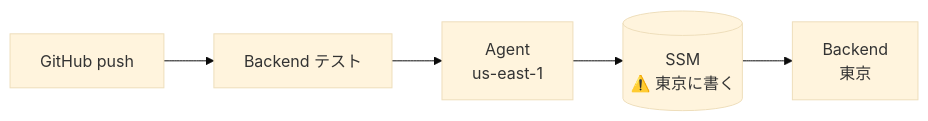
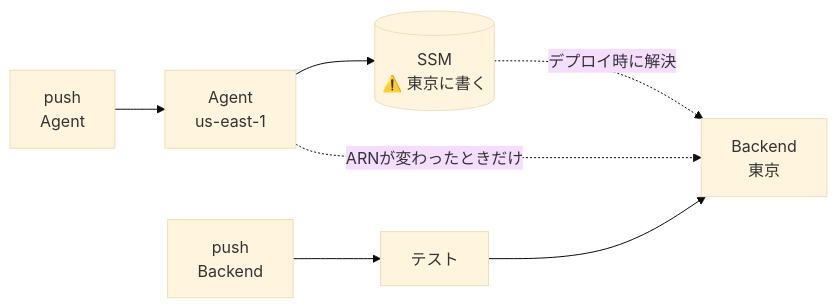
The third of 3 diagrams in docs/01_architecture.md (h-akira/TouringProject), drawn with Mermaid (base theme) before and after one commit. The commit also changed other lines of this file and 138 other files, not shown here.

First line of the commit message:
refactor: split Agent, Backend, App and CICD into submodules

````diff
--- a/docs/01_architecture.md
+++ b/docs/01_architecture.md
@@ -365,7 +366,8 @@
 ```mermaid
 flowchart LR
-    push["GitHub push"] --> test["Backend テスト"]
-    test --> agent["Agent<br/>us-east-1"]
+    pa["push<br/>Agent"] --> agent["Agent<br/>us-east-1"]
     agent --> ssm[("SSM<br/>⚠️ 東京に書く")]
-    ssm --> backend["Backend<br/>東京"]
+    agent -. "ARNが変わったときだけ" .-> backend
+    pb["push<br/>Backend"] --> test["テスト"] --> backend["Backend<br/>東京"]
+    ssm -. "デプロイ時に解決" .-> backend
 ```
````
